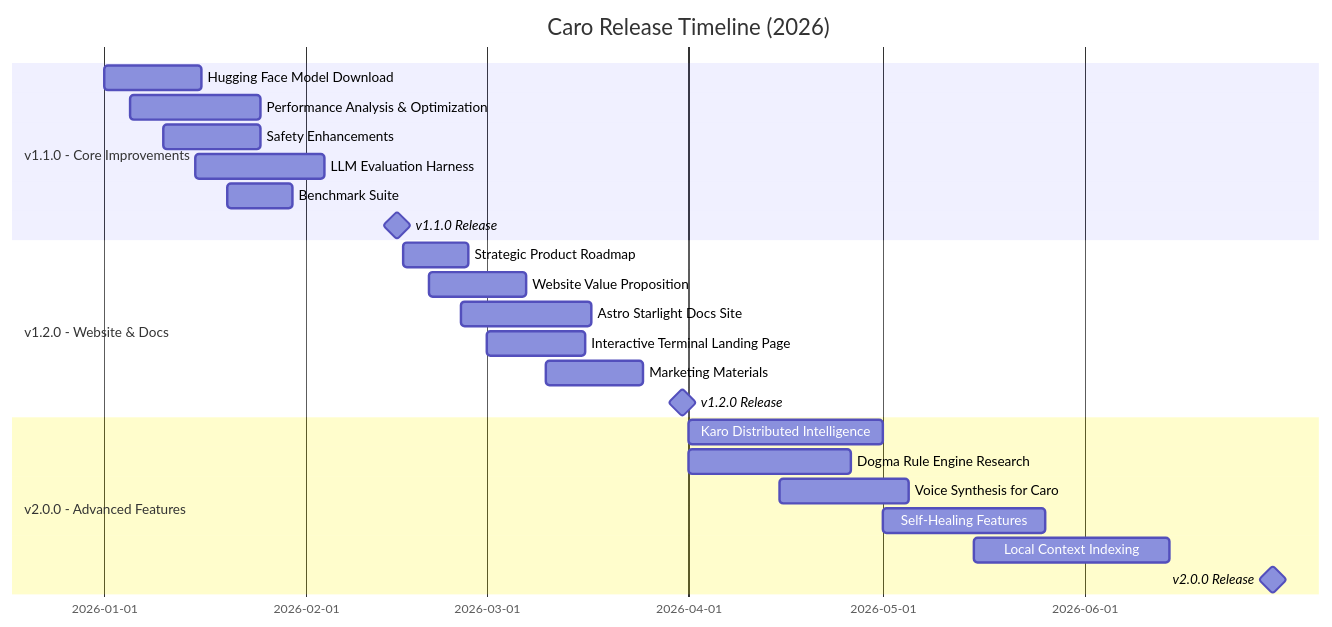
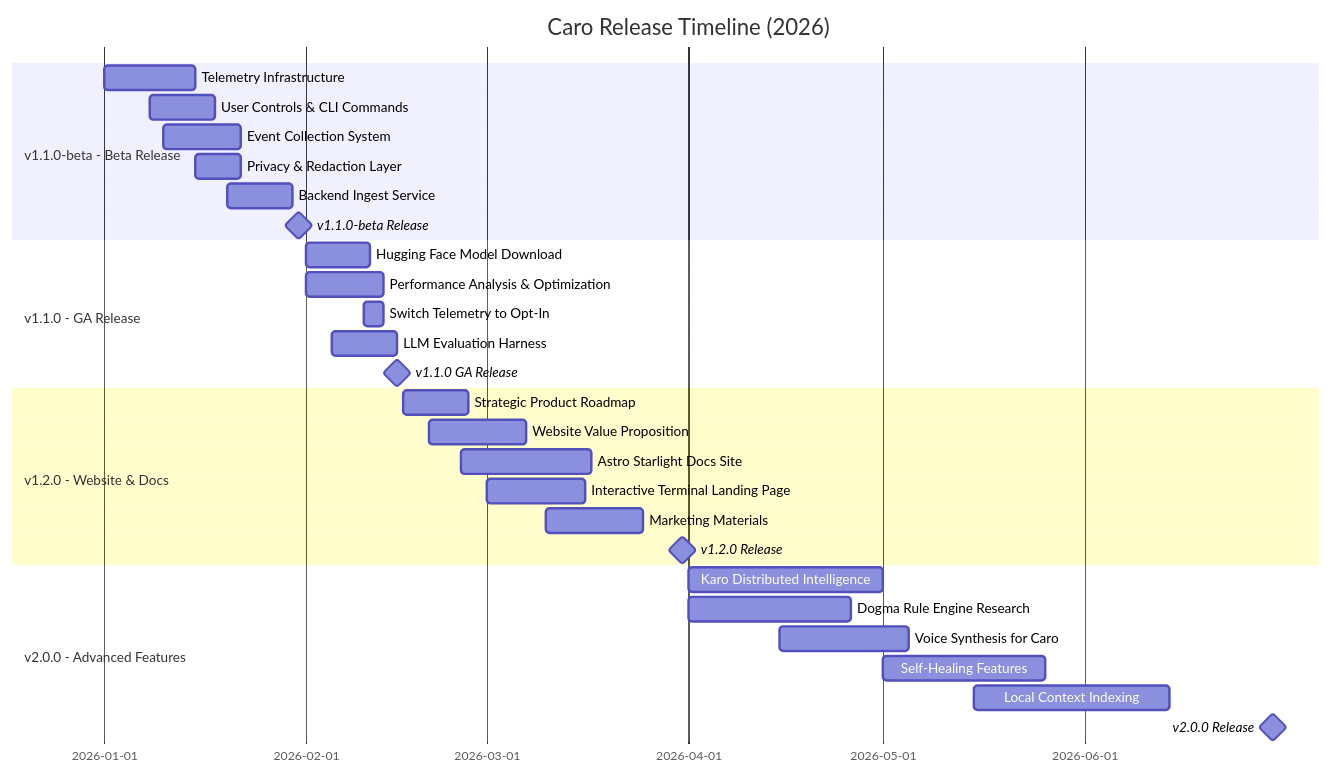
Before and after one commit to wildcard/caro: the diagram in ROADMAP.md, drawn with Mermaid. The commit also changed other lines of this file, not shown here.

First line of the commit message:
docs: Add v1.1.0-beta milestone with telemetry focus

````diff
--- a/ROADMAP.md
+++ b/ROADMAP.md
@@ -7,28 +7,35 @@
 ```mermaid
 gantt
     title Caro Release Timeline (2026)
     dateFormat YYYY-MM-DD
-    section v1.1.0 - Core Improvements
-    Hugging Face Model Download           :2026-01-01, 15d
-    Performance Analysis & Optimization   :2026-01-05, 20d
-    Safety Enhancements                   :2026-01-10, 15d
-    LLM Evaluation Harness               :2026-01-15, 20d
-    Benchmark Suite                       :2026-01-20, 10d
-    v1.1.0 Release                       :milestone, 2026-02-15, 0d
+    section v1.1.0-beta - Beta Release
+    Telemetry Infrastructure              :2026-01-01, 14d
+    User Controls & CLI Commands          :2026-01-08, 10d
+    Event Collection System               :2026-01-10, 12d
+    Privacy & Redaction Layer             :2026-01-15, 7d
+    Backend Ingest Service                :2026-01-20, 10d
+    v1.1.0-beta Release                  :milestone, 2026-01-31, 0d
+
+    section v1.1.0 - GA Release
+    Hugging Face Model Download           :2026-02-01, 10d
+    Performance Analysis & Optimization   :2026-02-01, 12d
+    Switch Telemetry to Opt-In           :2026-02-10, 3d
+    LLM Evaluation Harness               :2026-02-05, 10d
+    v1.1.0 GA Release                    :milestone, 2026-02-15, 0d
 
     section v1.2.0 - Website & Docs
     Strategic Product Roadmap             :2026-02-16, 10d
     Website Value Proposition             :2026-02-20, 15d
     Astro Starlight Docs Site            :2026-02-25, 20d
     Interactive Terminal Landing Page     :2026-03-01, 15d
     Marketing Materials                   :2026-03-10, 15d
     v1.2.0 Release                       :milestone, 2026-03-31, 0d
 
     section v2.0.0 - Advanced Features
     Karo Distributed Intelligence        :2026-04-01, 30d
     Dogma Rule Engine Research           :2026-04-01, 25d
     Voice Synthesis for Caro             :2026-04-15, 20d
     Self-Healing Features                :2026-05-01, 25d
     Local Context Indexing               :2026-05-15, 30d
     v2.0.0 Release                       :milestone, 2026-06-30, 0d
 ```
````
